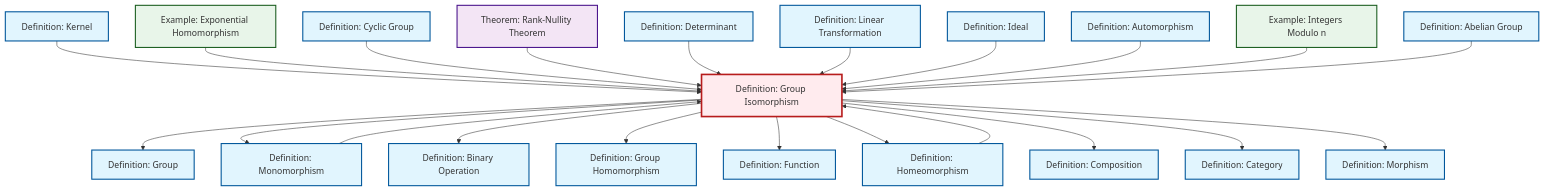
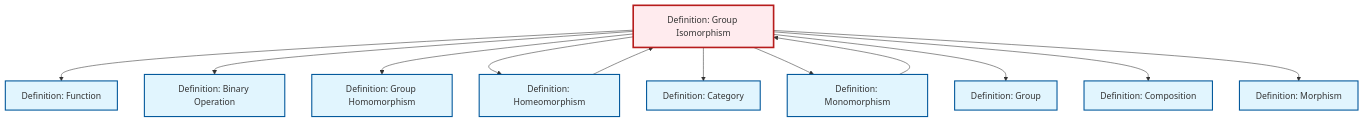
The diagram in content/en/algebra/def-isomorphism.qmd (RK0429/ModernMath), drawn with Mermaid before and after one commit. The commit also changed 597 other files, not shown here.

````diff
--- a/content/en/algebra/def-isomorphism.qmd
+++ b/content/en/algebra/def-isomorphism.qmd
@@ -112,70 +112,40 @@
 ```{mermaid}
 %%| fig-cap: "Local dependency graph"
 graph TD
     classDef definition fill:#e1f5fe,stroke:#01579b,stroke-width:2px
     classDef theorem fill:#f3e5f5,stroke:#4a148c,stroke-width:2px
     classDef axiom fill:#fff3e0,stroke:#e65100,stroke-width:2px
     classDef example fill:#e8f5e9,stroke:#1b5e20,stroke-width:2px
     classDef current fill:#ffebee,stroke:#b71c1c,stroke-width:3px
+    def-category["Definition: Category"]:::definition
+    def-homomorphism["Definition: Group Homomorphism"]:::definition
+    def-function["Definition: Function"]:::definition
+    def-isomorphism["Definition: Group Isomorphism"]:::definition
+    def-morphism["Definition: Morphism"]:::definition
+    def-homeomorphism["Definition: Homeomorphism"]:::definition
+    def-monomorphism["Definition: Monomorphism"]:::definition
+    def-composition["Definition: Composition"]:::definition
+    def-group["Definition: Group"]:::definition
     def-binary-operation["Definition: Binary Operation"]:::definition
-    def-function["Definition: Function"]:::definition
-    ex-exponential-homomorphism["Example: Exponential Homomorphism"]:::example
-    def-abelian-group["Definition: Abelian Group"]:::definition
-    def-isomorphism["Definition: Group Isomorphism"]:::definition
-    def-cyclic-group["Definition: Cyclic Group"]:::definition
-    def-homeomorphism["Definition: Homeomorphism"]:::definition
-    def-composition["Definition: Composition"]:::definition
-    def-morphism["Definition: Morphism"]:::definition
-    def-category["Definition: Category"]:::definition
-    def-monomorphism["Definition: Monomorphism"]:::definition
-    def-homomorphism["Definition: Group Homomorphism"]:::definition
-    def-determinant["Definition: Determinant"]:::definition
-    thm-rank-nullity["Theorem: Rank-Nullity Theorem"]:::theorem
-    def-kernel["Definition: Kernel"]:::definition
-    def-group["Definition: Group"]:::definition
-    def-ideal["Definition: Ideal"]:::definition
-    def-linear-transformation["Definition: Linear Transformation"]:::definition
-    def-automorphism["Definition: Automorphism"]:::definition
-    ex-quotient-integers-mod-n["Example: Integers Modulo n"]:::example
-    def-homeomorphism --> def-isomorphism
-    def-isomorphism --> def-group
-    def-isomorphism --> def-monomorphism
-    def-kernel --> def-isomorphism
+    def-isomorphism --> def-function
     def-isomorphism --> def-binary-operation
     def-isomorphism --> def-homomorphism
-    def-isomorphism --> def-function
-    ex-exponential-homomorphism --> def-isomorphism
-    def-cyclic-group --> def-isomorphism
-    thm-rank-nullity --> def-isomorphism
+    def-homeomorphism --> def-isomorphism
     def-isomorphism --> def-homeomorphism
-    def-determinant --> def-isomorphism
-    def-linear-transformation --> def-isomorphism
-    def-ideal --> def-isomorphism
-    def-automorphism --> def-isomorphism
+    def-isomorphism --> def-category
+    def-isomorphism --> def-monomorphism
+    def-isomorphism --> def-group
+    def-isomorphism --> def-composition
     def-monomorphism --> def-isomorphism
-    def-isomorphism --> def-composition
-    ex-quotient-integers-mod-n --> def-isomorphism
-    def-abelian-group --> def-isomorphism
-    def-isomorphism --> def-category
     def-isomorphism --> def-morphism
     class def-isomorphism current
+    click def-category "def-category.html" "Go to Category definition"
+    click def-homomorphism "def-homomorphism.html" "Go to Group Homomorphism definition"
+    click def-function "def-function.html" "Go to Function definition"
+    click def-morphism "def-morphism.html" "Go to Morphism definition"
+    click def-homeomorphism "def-homeomorphism.html" "Go to Homeomorphism definition"
+    click def-monomorphism "def-monomorphism.html" "Go to Monomorphism definition"
+    click def-composition "def-composition.html" "Go to Composition definition"
+    click def-group "def-group.html" "Go to Group definition"
     click def-binary-operation "def-binary-operation.html" "Go to Binary Operation definition"
-    click def-function "def-function.html" "Go to Function definition"
-    click ex-exponential-homomorphism "ex-exponential-homomorphism.html" "Go to Exponential Homomorphism example"
-    click def-abelian-group "def-abelian-group.html" "Go to Abelian Group definition"
-    click def-cyclic-group "def-cyclic-group.html" "Go to Cyclic Group definition"
-    click def-homeomorphism "def-homeomorphism.html" "Go to Homeomorphism definition"
-    click def-composition "def-composition.html" "Go to Composition definition"
-    click def-morphism "def-morphism.html" "Go to Morphism definition"
-    click def-category "def-category.html" "Go to Category definition"
-    click def-monomorphism "def-monomorphism.html" "Go to Monomorphism definition"
-    click def-homomorphism "def-homomorphism.html" "Go to Group Homomorphism definition"
-    click def-determinant "def-determinant.html" "Go to Determinant definition"
-    click thm-rank-nullity "thm-rank-nullity.html" "Go to Rank-Nullity Theorem theorem"
-    click def-kernel "def-kernel.html" "Go to Kernel definition"
-    click def-group "def-group.html" "Go to Group definition"
-    click def-ideal "def-ideal.html" "Go to Ideal definition"
-    click def-linear-transformation "def-linear-transformation.html" "Go to Linear Transformation definition"
-    click def-automorphism "def-automorphism.html" "Go to Automorphism definition"
-    click ex-quotient-integers-mod-n "ex-quotient-integers-mod-n.html" "Go to Integers Modulo n example"
 ```
````
